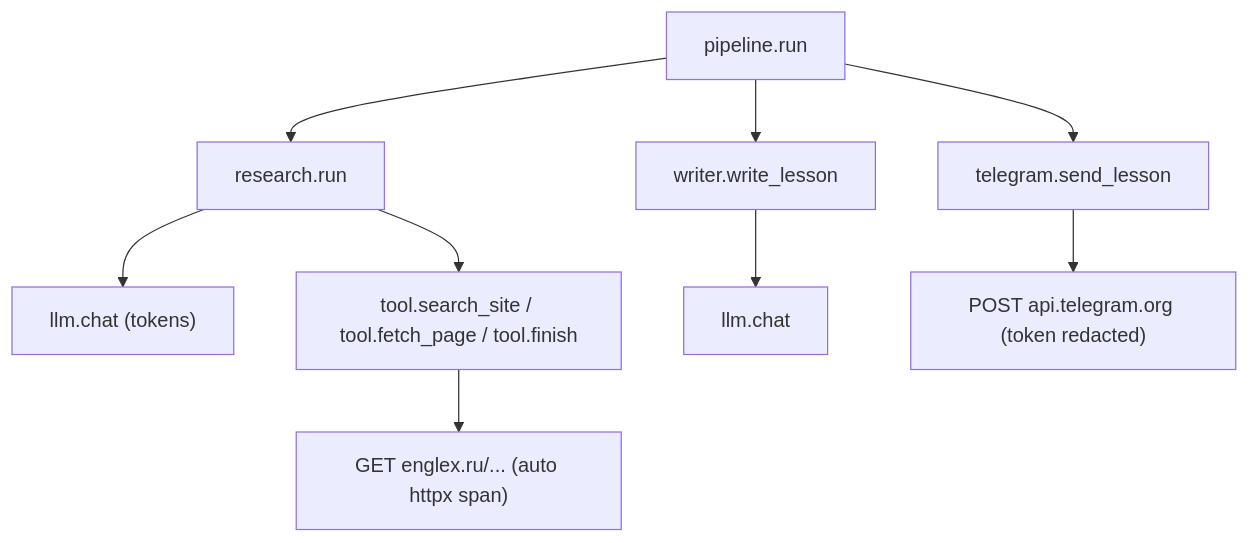
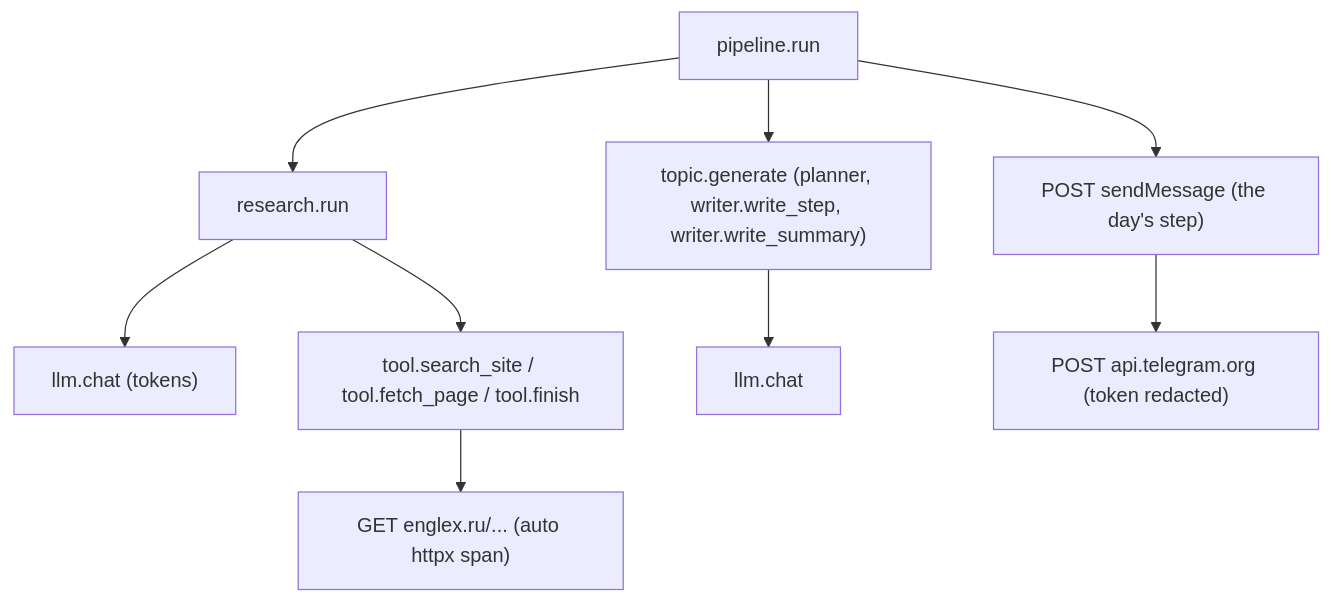
Before and after one commit to Alisonka/english_agent: the second of 2 diagrams in README.md, drawn with Mermaid. The commit also changed other lines of this file and 10 other files, not shown here.

First line of the commit message:
refactor(pipeline): remove the legacy single-lesson writer

````diff
--- a/README.md
+++ b/README.md
@@ -65,11 +65,11 @@
 ```mermaid
 flowchart TD
     pipelineRun["pipeline.run"] --> researchRun["research.run"]
-    pipelineRun --> writeLesson["writer.write_lesson"]
-    pipelineRun --> sendLesson["telegram.send_lesson"]
+    pipelineRun --> writeLesson["topic.generate (planner, writer.write_step, writer.write_summary)"]
+    pipelineRun --> sendLesson["POST sendMessage (the day's step)"]
     researchRun --> llmChat["llm.chat (tokens)"]
     researchRun --> toolSpans["tool.search_site / tool.fetch_page / tool.finish"]
     toolSpans --> httpGet["GET englex.ru/... (auto httpx span)"]
     writeLesson --> llmChat2["llm.chat"]
     sendLesson --> httpPost["POST api.telegram.org (token redacted)"]
 ```
````
